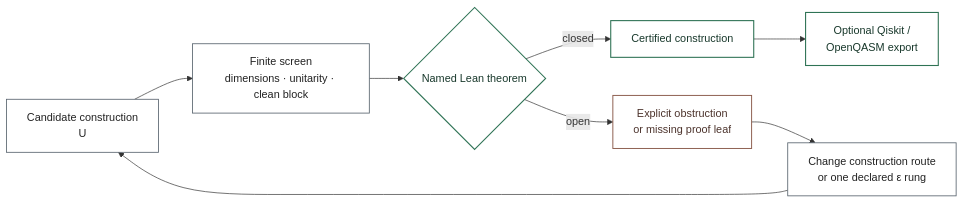
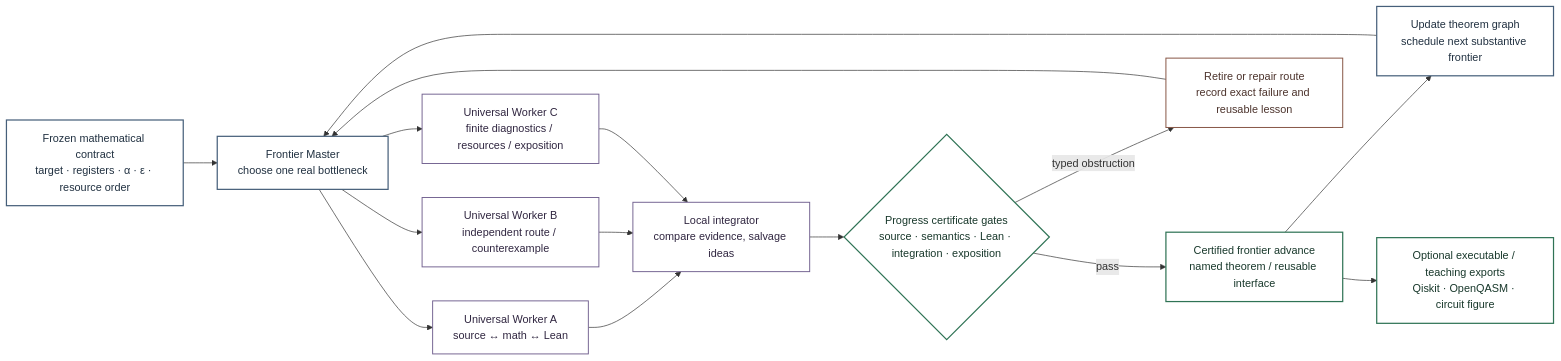
The diagram in website/diagrams/candidate-lifecycle.mmd (DakeBU/Quantum-Computing-Block-Encoding), drawn with Mermaid before and after one commit. The commit also changed 8 other files, not shown here.

First line of the commit message:
Adopt Frontier Master + Universal Worker harness v2

```diff
--- a/website/diagrams/candidate-lifecycle.mmd
+++ b/website/diagrams/candidate-lifecycle.mmd
@@ -1,15 +1,28 @@
 flowchart LR
-  C["Candidate construction<br/>U"] --> F["Finite screen<br/>dimensions · unitarity · clean block"]
-  F --> L{"Named Lean theorem"}
-  L -- "closed" --> V["Certified construction"]
-  V --> E["Optional Qiskit /<br/>OpenQASM export"]
-  L -- "open" --> O["Explicit obstruction<br/>or missing proof leaf"]
-  O --> R["Change construction route<br/>or one declared ε rung"]
-  R --> C
+  T["Frozen mathematical contract<br/>target · registers · α · ε · resource order"] --> M["Frontier Master<br/>choose one real bottleneck"]
 
-  classDef math fill:#ffffff,stroke:#5b6670,color:#222222,stroke-width:1.25px;
-  classDef proof fill:#ffffff,stroke:#2f7355,color:#18382b,stroke-width:1.6px;
-  classDef fail fill:#ffffff,stroke:#8a5a4a,color:#4c332c,stroke-width:1.4px;
-  class C,F,R math;
-  class L,V,E proof;
+  M --> W1["Universal Worker A<br/>source ↔ math ↔ Lean"]
+  M --> W2["Universal Worker B<br/>independent route / counterexample"]
+  M --> W3["Universal Worker C<br/>finite diagnostics / resources / exposition"]
+
+  W1 --> I["Local integrator<br/>compare evidence, salvage ideas"]
+  W2 --> I
+  W3 --> I
+
+  I --> G{"Progress certificate gates<br/>source · semantics · Lean · integration · exposition"}
+  G -- "pass" --> C["Certified frontier advance<br/>named theorem / reusable interface"]
+  G -- "typed obstruction" --> O["Retire or repair route<br/>record exact failure and reusable lesson"]
+  O --> M
+  C --> N["Update theorem graph<br/>schedule next substantive frontier"]
+  N --> M
+
+  C --> E["Optional executable / teaching exports<br/>Qiskit · OpenQASM · circuit figure"]
+
+  classDef master fill:#ffffff,stroke:#465f7a,color:#203040,stroke-width:1.8px;
+  classDef worker fill:#ffffff,stroke:#71608f,color:#302640,stroke-width:1.4px;
+  classDef proof fill:#ffffff,stroke:#2f7355,color:#18382b,stroke-width:1.8px;
+  classDef fail fill:#ffffff,stroke:#8a5a4a,color:#4c332c,stroke-width:1.5px;
+  class T,M,N master;
+  class W1,W2,W3,I worker;
+  class G,C,E proof;
   class O fail;
```
